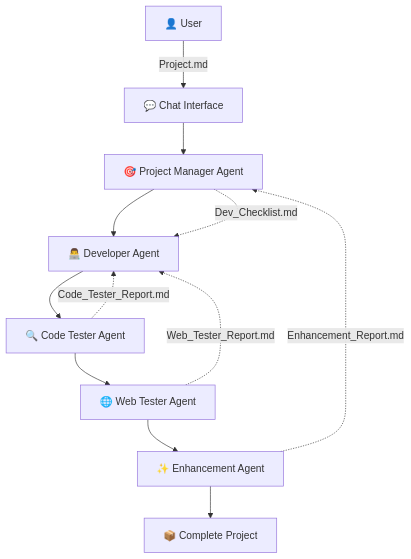
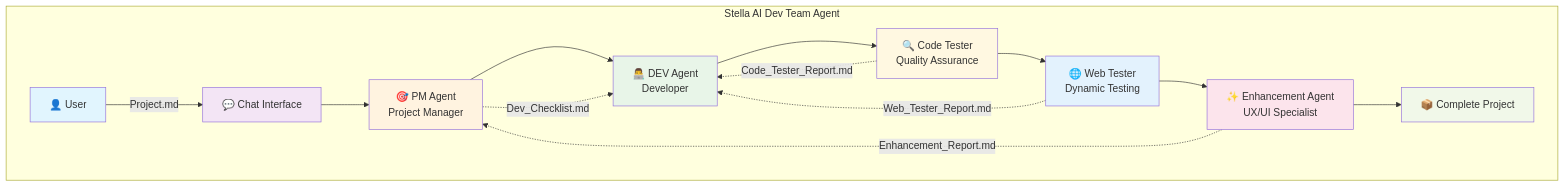
The diagram in README.md (Hyoni1129/vscode-ai-dev-agent), drawn with Mermaid before and after one commit. The commit also changed other lines of this file and 6 other files, not shown here.

First line of the commit message:
Add troubleshooting guide for AI Dev Team Agent and official chat participant documentation

````diff
--- a/README.md
+++ b/README.md
@@ -44,15 +103,26 @@
 ```mermaid
-graph TD
-    A[👤 User] -->|Project.md| B[💬 Chat Interface]
-    B --> C[🎯 Project Manager Agent]
-    C --> D[👨‍💻 Developer Agent]
-    D --> E[🔍 Code Tester Agent]
-    E --> F[🌐 Web Tester Agent]
-    F --> G[✨ Enhancement Agent]
-    G --> H[📦 Complete Project]
-    
-    C -.->|Dev_Checklist.md| D
-    E -.->|Code_Tester_Report.md| D
-    F -.->|Web_Tester_Report.md| D
-    G -.->|Enhancement_Report.md| C
+graph TB
+    subgraph "Stella AI Dev Team Agent"
+        A[👤 User] -->|Project.md| B[💬 Chat Interface]
+        B --> C[🎯 PM Agent<br/>Project Manager]
+        C --> D[👨‍💻 DEV Agent<br/>Developer]
+        D --> E[🔍 Code Tester<br/>Quality Assurance]
+        E --> F[🌐 Web Tester<br/>Dynamic Testing]
+        F --> G[✨ Enhancement Agent<br/>UX/UI Specialist]
+        G --> H[📦 Complete Project]
+        
+        C -.->|Dev_Checklist.md| D
+        E -.->|Code_Tester_Report.md| D
+        F -.->|Web_Tester_Report.md| D
+        G -.->|Enhancement_Report.md| C
+        
+        style A fill:#e1f5fe
+        style B fill:#f3e5f5
+        style C fill:#fff3e0
+        style D fill:#e8f5e8
+        style E fill:#fff8e1
+        style F fill:#e3f2fd
+        style G fill:#fce4ec
+        style H fill:#f1f8e9
+    end
 ```
````
